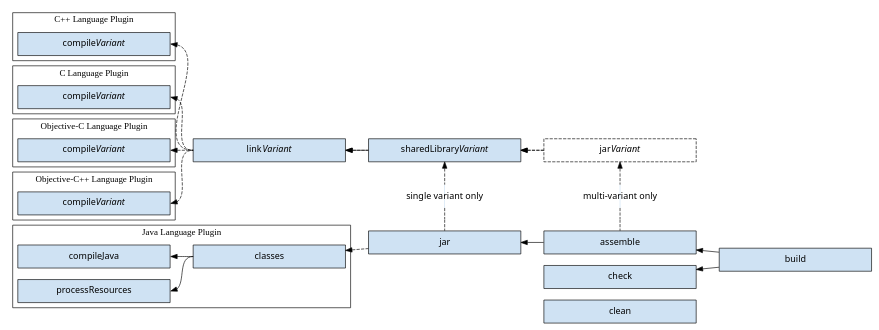
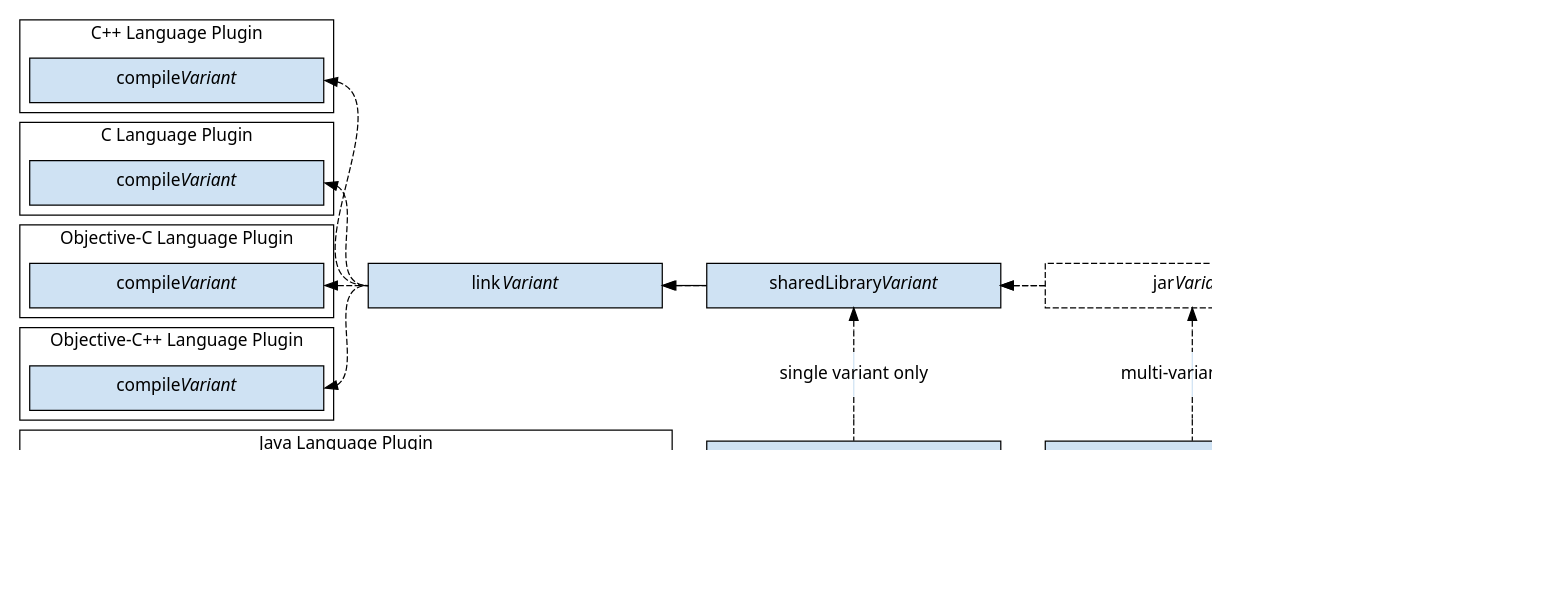
Before and after one commit to nokeedev/gradle-native: the diagram in subprojects/docs/src/docs/manual/img/jni-library-task-graph.dot, drawn with Graphviz.

Commit message:
Uncomment line for higher resolution of JNI library task graph

```diff
--- a/subprojects/docs/src/docs/manual/img/jni-library-task-graph.dot
+++ b/subprojects/docs/src/docs/manual/img/jni-library-task-graph.dot
@@ -1,78 +1,78 @@
 digraph jniLibraryTaskGraph {
-//   graph [ dpi = 100, fontname="Sans"];
+  graph [ dpi = 100, fontname="Sans"];
   node [fontname = "Sans"];
   edge [fontname = "Sans"];
   node [shape=rectangle, fixedsize=true, width=3.3, height=0.5];
   node [style=filled, fillcolor="#cfe2f3"]
   rankdir=LR
 
   subgraph cluster_cppLanguage {
 	label = "C++ Language Plugin"
 	color = black
 
 	compileCpp [label=<compile<i>Variant</i>>]
   }
 
   subgraph cluster_cLanguage {
 	label = "C Language Plugin"
 	color = black
 
 	compileC [label=<compile<i>Variant</i>>]
   }
 
   subgraph cluster_objectiveCLanguage {
 	label = "Objective-C Language Plugin"
 	color = black
 
 	compileObjC [label=<compile<i>Variant</i>>]
   }
 
   subgraph cluster_objectiveCppLanguage {
 	label = "Objective-C++ Language Plugin"
 	color = black
 
 	compileObjCpp [label=<compile<i>Variant</i>>]
   }
 
   subgraph cluster_javaLanguage {
 	label = "Java Language Plugin"
 
 	{compileJava, processResources} -> classes [dir=back headport=w tailport=e]
 	{rank=same compileJava processResources}
   }
 
   // Styling
   link [label=<link<i>Variant</i>>]
   sharedLibrary [label=<sharedLibrary<i>Variant</i>>]
   jarNative [style=dashed, label=<jar<i>Variant</i>>]
   jarJvm [label="jar"]
 
   // link to assemble
   {compileCpp compileC compileObjC compileObjCpp} -> link -> sharedLibrary -> jarNative [dir=back style=dashed headport=w tailport=e]
   link -> sharedLibrary[dir=back]
   sharedLibrary -> jarNative [dir=back style=dashed]
 
   {01, 02, 03 [width=0 shape=point];}
   02[label="multi-variant only" shape=plaintext]
   jarNative -> 01 [dir=back style=dashed]
   01 -> 02 -> 03 -> assemble [arrowhead=none style=dashed]
   {rank=same assemble 01 02 03 jarNative}
 
   {10, 20, 30 [width=0 shape=point];}
   20[label="single variant only" shape=plaintext]
   sharedLibrary -> 10 [dir=back style=dashed]
   10 -> 20 -> 30 -> jarJvm [arrowhead=none style=dashed]
   {rank=same jarJvm 10 20 30 sharedLibrary}
 
   // classes to assemble
   classes -> jarJvm [dir=back style=dashed]
   jarJvm -> assemble [dir=back]
 
   // assemble & check to build
   assemble -> build [dir=back]
   check -> build [dir=back]
 
   // align check & clean
   check -> clean [style=invis]
   {rank=same check clean}
 }
```
